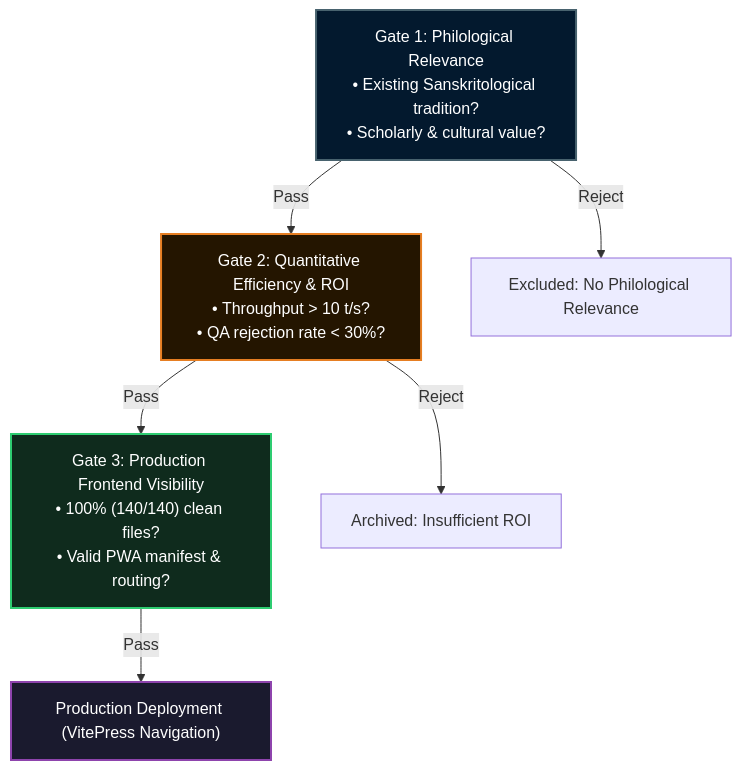
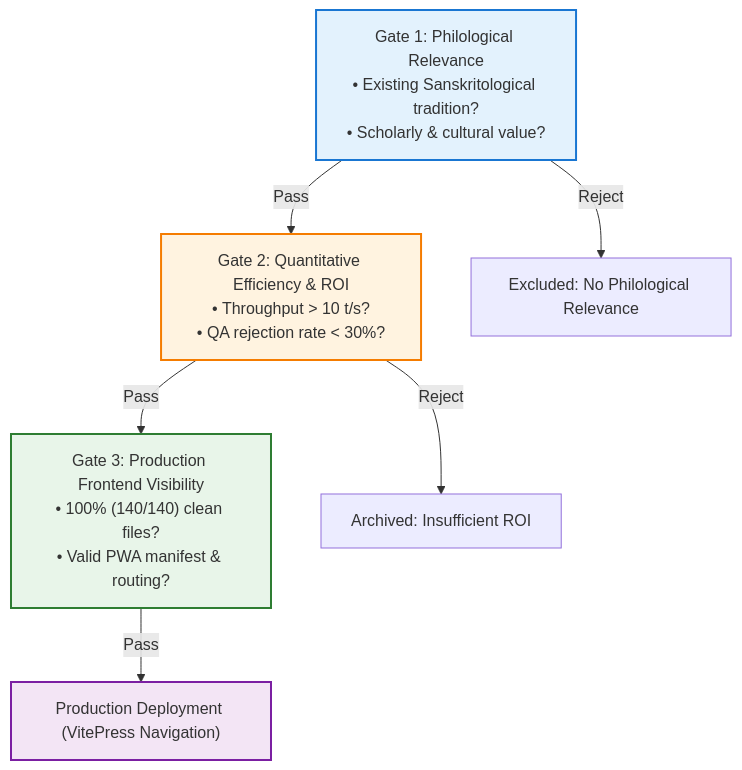
The diagram in site_docs/en/languages.md (birchville-org/sanskritkurs-payer), drawn with Mermaid before and after one commit. The commit also changed 7 other files, not shown here.

Commit message:
docs: improve Mermaid diagram contrast & readability across light and dark themes

````diff
--- a/site_docs/en/languages.md
+++ b/site_docs/en/languages.md
@@ -48,14 +48,14 @@
 ```mermaid
 flowchart TD
     G1["Gate 1: Philological Relevance\n• Existing Sanskritological tradition?\n• Scholarly & cultural value?"]
     G1 -->|Pass| G2["Gate 2: Quantitative Efficiency & ROI\n• Throughput > 10 t/s?\n• QA rejection rate < 30%?"]
     G1 -->|Reject| EX1["Excluded: No Philological Relevance"]
     G2 -->|Pass| G3["Gate 3: Production Frontend Visibility\n• 100% (140/140) clean files?\n• Valid PWA manifest & routing?"]
     G2 -->|Reject| EX2["Archived: Insufficient ROI"]
     G3 -->|Pass| PROD["Production Deployment (VitePress Navigation)"]
 
-    style G1 fill:#03192e,color:#fff,stroke:#48626e,stroke-width:2px
-    style G2 fill:#241500,color:#fff,stroke:#e67e22,stroke-width:2px
-    style G3 fill:#0f2b1d,color:#fff,stroke:#2ecc71,stroke-width:2px
-    style PROD fill:#1a1a2e,color:#fff,stroke:#8e44ad,stroke-width:2px
+    style G1 fill:#e3f2fd,stroke:#1976d2,stroke-width:2px
+    style G2 fill:#fff3e0,stroke:#f57c00,stroke-width:2px
+    style G3 fill:#e8f5e9,stroke:#2e7d32,stroke-width:2px
+    style PROD fill:#f3e5f5,stroke:#7b1fa2,stroke-width:2px
 ```
````
